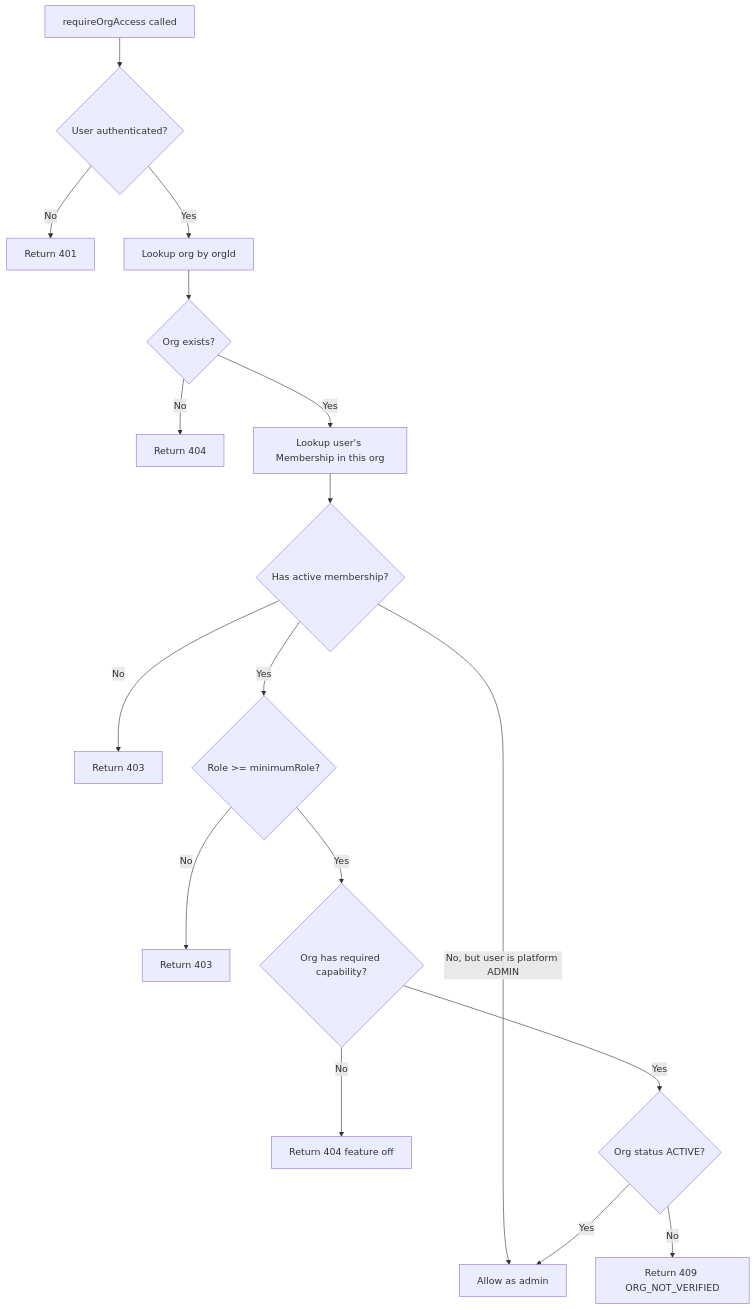
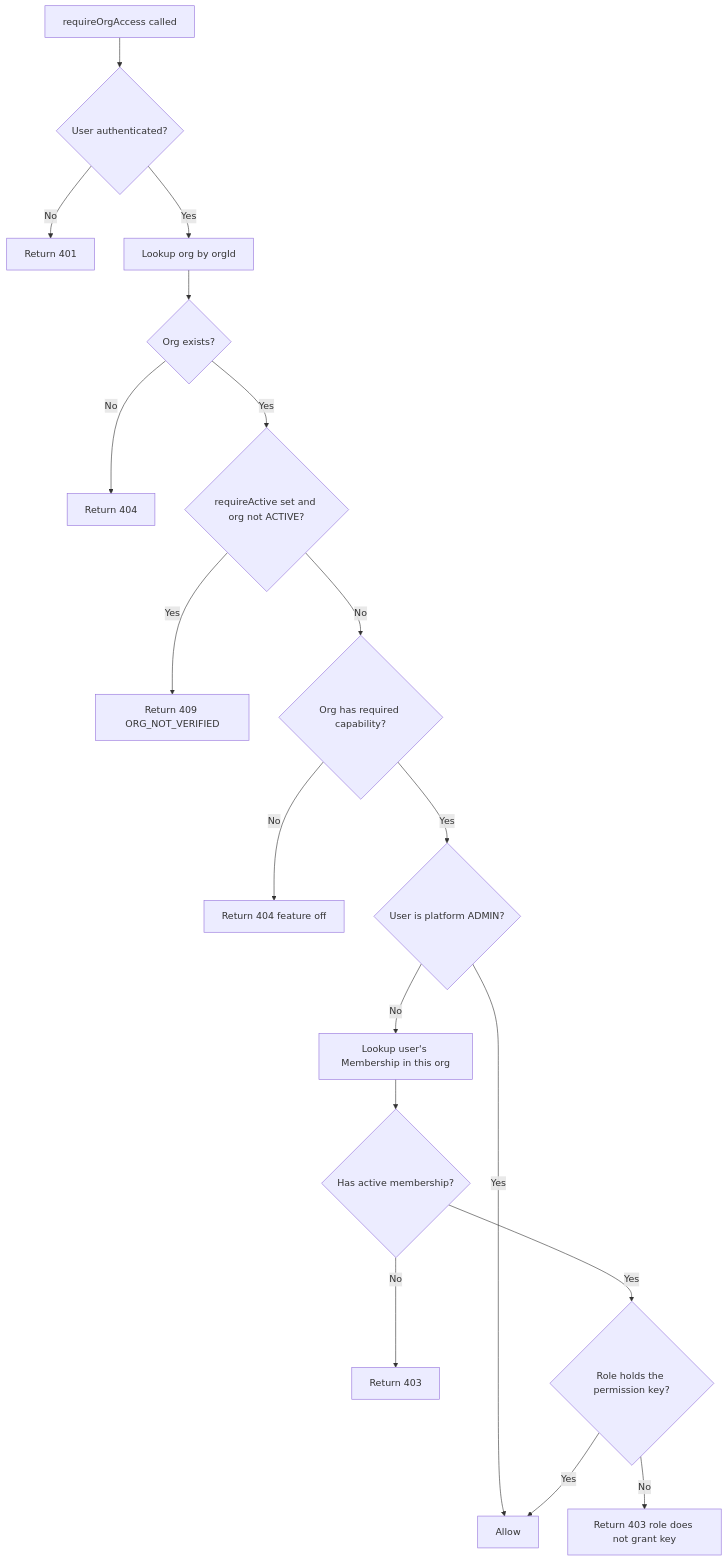
One commit to Practitionist/familiarise_web changed diagram 22 of 24 in docs/enterprise/explainers/complete-guide.md. Above: the diagram before and after it, drawn with Mermaid. The commit also changed other lines of this file and 19 other files, not shown here.

````diff
--- a/docs/enterprise/explainers/complete-guide.md
+++ b/docs/enterprise/explainers/complete-guide.md
@@ -1952,19 +1955,20 @@
 ```mermaid
 flowchart TD
     Start[requireOrgAccess called] --> Auth{User authenticated?}
     Auth -->|No| R401[Return 401]
     Auth -->|Yes| OrgLookup[Lookup org by orgId]
     OrgLookup --> OrgExists{Org exists?}
     OrgExists -->|No| R404a[Return 404]
-    OrgExists -->|Yes| Member[Lookup user's Membership in this org]
+    OrgExists -->|Yes| Verify{requireActive set and org not ACTIVE?}
+    Verify -->|Yes| R409[Return 409 ORG_NOT_VERIFIED]
+    Verify -->|No| CapCheck{Org has required capability?}
+    CapCheck -->|No| R404b[Return 404 feature off]
+    CapCheck -->|Yes| Admin{User is platform ADMIN?}
+    Admin -->|Yes| Allow[Allow]
+    Admin -->|No| Member[Lookup user's Membership in this org]
     Member --> MemberExists{Has active membership?}
-    MemberExists -->|No, but user is platform ADMIN| Allow[Allow as admin]
     MemberExists -->|No| R403a[Return 403]
-    MemberExists -->|Yes| RoleCheck{Role >= minimumRole?}
-    RoleCheck -->|No| R403b[Return 403]
-    RoleCheck -->|Yes| CapCheck{Org has required capability?}
-    CapCheck -->|No| R404b[Return 404 feature off]
-    CapCheck -->|Yes| Verify{Org status ACTIVE?}
-    Verify -->|No| R409[Return 409 ORG_NOT_VERIFIED]
-    Verify -->|Yes| Allow
+    MemberExists -->|Yes| PermCheck{Role holds the permission key?}
+    PermCheck -->|No| R403b[Return 403 role does not grant key]
+    PermCheck -->|Yes| Allow
 ```
````
